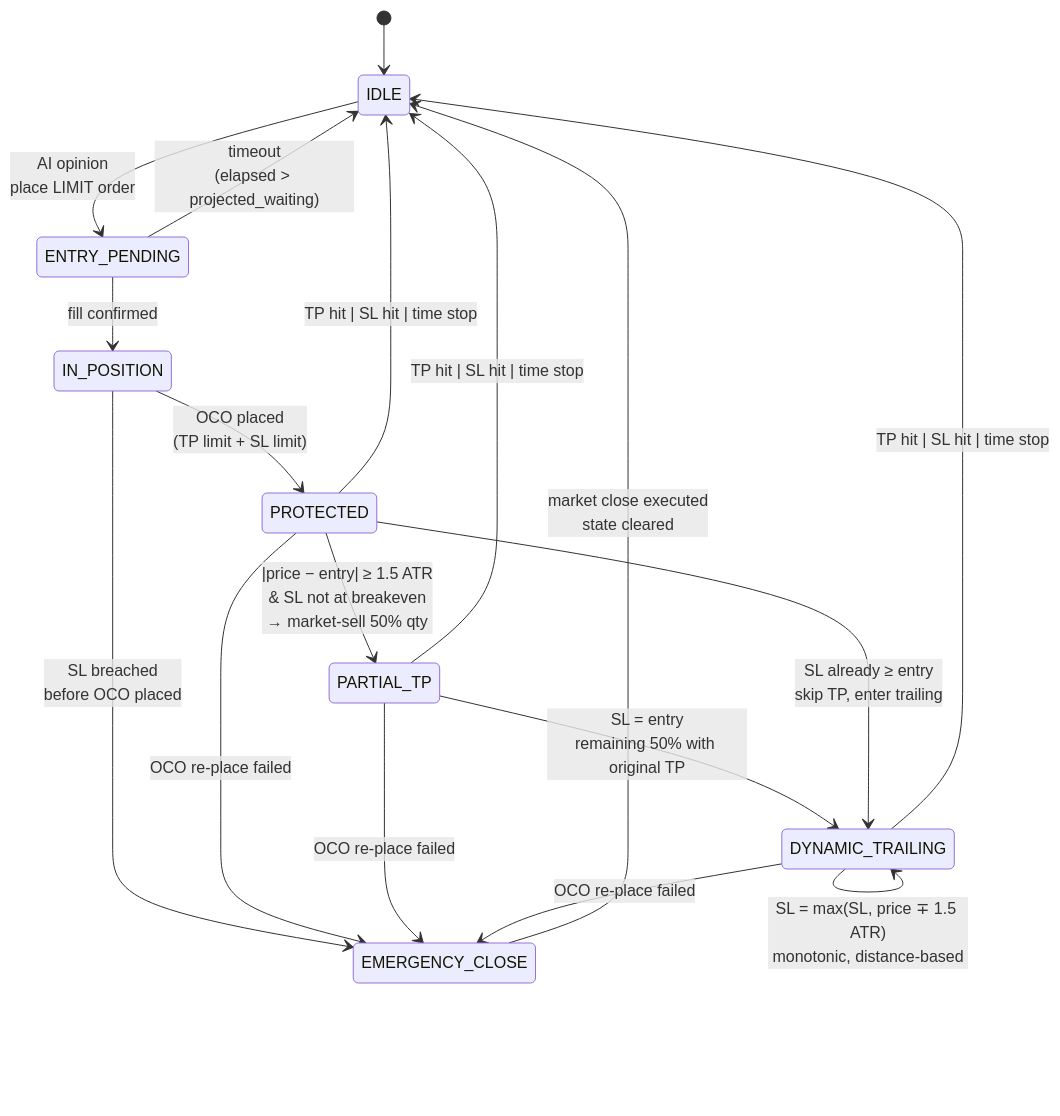
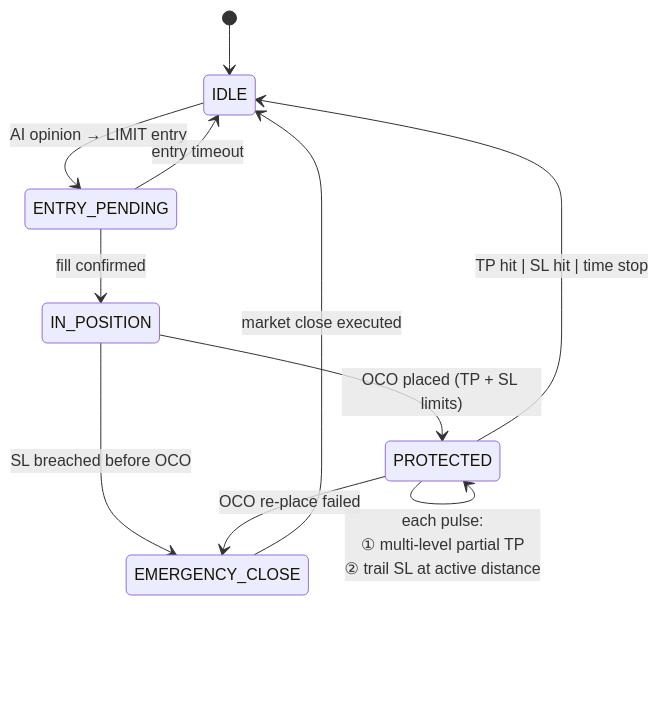
One commit to jiangyang5157/binary-star changed the fourth of 5 diagrams in README.md. Above: the diagram before and after it, drawn with Mermaid. The commit also changed other lines of this file, not shown here.

````diff
--- a/README.md
+++ b/README.md
@@ -317,30 +362,20 @@
 ```mermaid
 stateDiagram-v2
     [*] --> IDLE
 
-    IDLE --> ENTRY_PENDING: AI opinion<br/>place LIMIT order
-    ENTRY_PENDING --> IDLE: timeout<br/>(elapsed > projected_waiting)
+    IDLE --> ENTRY_PENDING: AI opinion → LIMIT entry
+    ENTRY_PENDING --> IDLE: entry timeout
 
     ENTRY_PENDING --> IN_POSITION: fill confirmed
 
-    IN_POSITION --> EMERGENCY_CLOSE: SL breached<br/>before OCO placed
-    IN_POSITION --> PROTECTED: OCO placed<br/>(TP limit + SL limit)
+    IN_POSITION --> EMERGENCY_CLOSE: SL breached before OCO
+    IN_POSITION --> PROTECTED: OCO placed (TP + SL limits)
 
-    PROTECTED --> PARTIAL_TP: |price − entry| ≥ 1.5 ATR<br/>& SL not at breakeven<br/>→ market-sell 50% qty
-
-    PARTIAL_TP --> DYNAMIC_TRAILING: SL = entry<br/>remaining 50% with original TP
-
-    PROTECTED --> DYNAMIC_TRAILING: SL already ≥ entry<br/>skip TP, enter trailing
-
-    DYNAMIC_TRAILING --> DYNAMIC_TRAILING: SL = max(SL, price ∓ 1.5 ATR)<br/>monotonic, distance-based
+    PROTECTED --> PROTECTED: each pulse:<br/>① multi-level partial TP<br/>② trail SL at active distance
 
     PROTECTED --> IDLE: TP hit | SL hit | time stop
-    PARTIAL_TP --> IDLE: TP hit | SL hit | time stop
-    DYNAMIC_TRAILING --> IDLE: TP hit | SL hit | time stop
 
     PROTECTED --> EMERGENCY_CLOSE: OCO re-place failed
-    PARTIAL_TP --> EMERGENCY_CLOSE: OCO re-place failed
-    DYNAMIC_TRAILING --> EMERGENCY_CLOSE: OCO re-place failed
 
-    EMERGENCY_CLOSE --> IDLE: market close executed<br/>state cleared
+    EMERGENCY_CLOSE --> IDLE: market close executed
 ```
````
